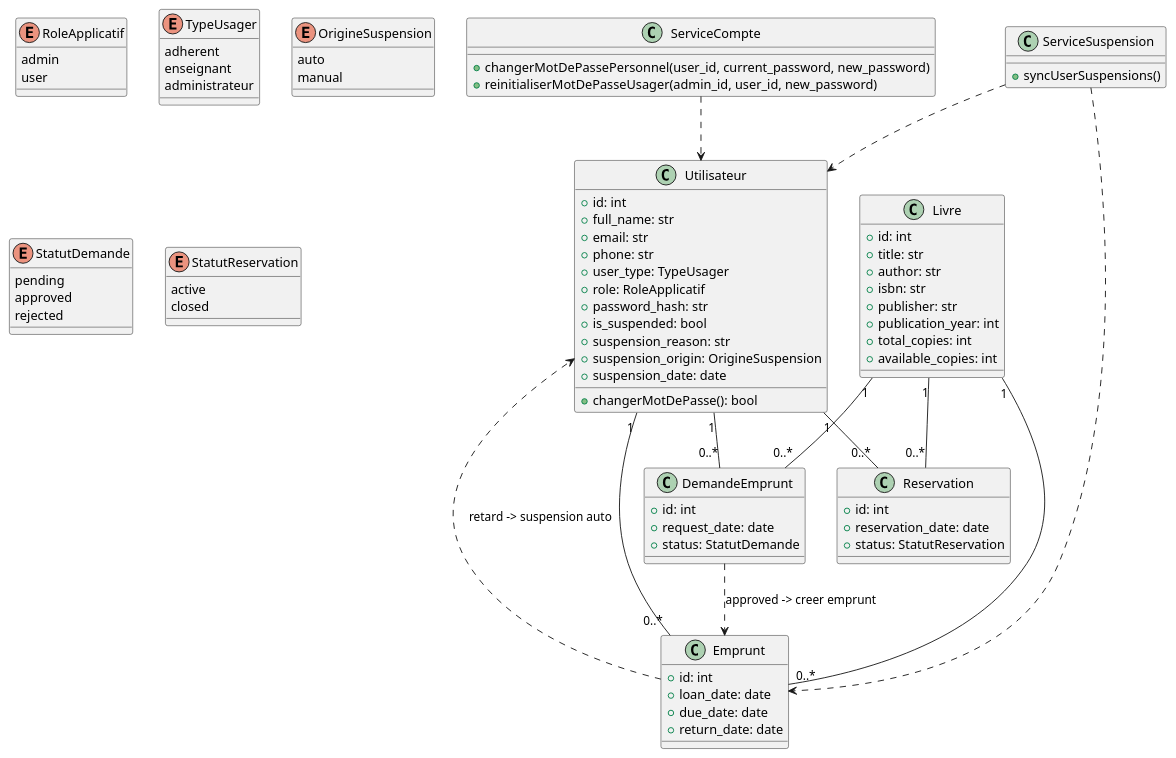
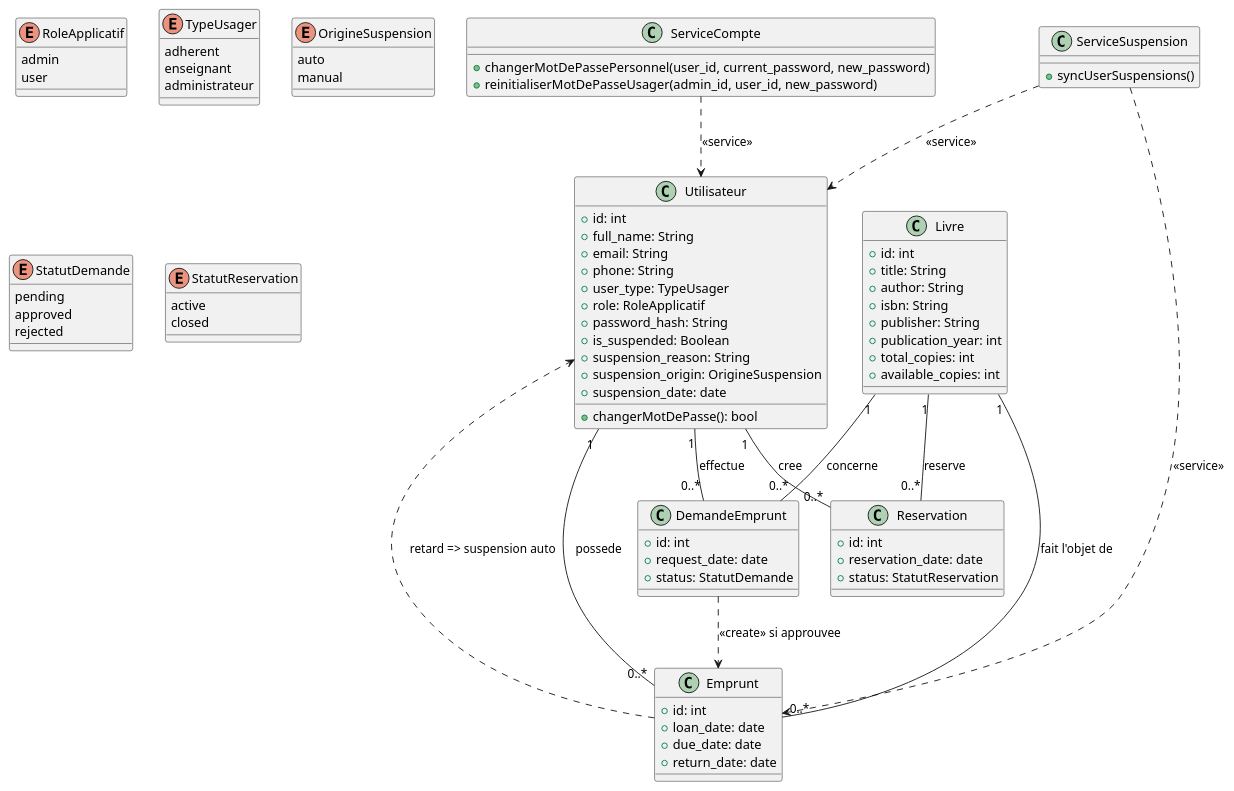
Before and after one commit to JunRoot29/Gestion-d-une-Bibliotheque: the diagram in diagrams/diagramme_classes.puml, drawn with PlantUML. The commit also changed 23 other files, not shown here.

Commit message:
Mise à jour des diagrammes, Ajout d'image t du powerpoint

```diff
--- a/diagrams/diagramme_classes.puml
+++ b/diagrams/diagramme_classes.puml
@@ -1,95 +1,95 @@
 @startuml
 class Utilisateur {
   +id: int
-  +full_name: str
-  +email: str
-  +phone: str
+  +full_name: String
+  +email: String
+  +phone: String
   +user_type: TypeUsager
   +role: RoleApplicatif
-  +password_hash: str
-  +is_suspended: bool
-  +suspension_reason: str
+  +password_hash: String
+  +is_suspended: Boolean
+  +suspension_reason: String
   +suspension_origin: OrigineSuspension
   +suspension_date: date
   +changerMotDePasse(): bool
 }
 
 enum RoleApplicatif {
   admin
   user
 }
 
 enum TypeUsager {
   adherent
   enseignant
   administrateur
 }
 
 enum OrigineSuspension {
   auto
   manual
 }
 
 class Livre {
   +id: int
-  +title: str
-  +author: str
-  +isbn: str
-  +publisher: str
+  +title: String
+  +author: String
+  +isbn: String
+  +publisher: String
   +publication_year: int
   +total_copies: int
   +available_copies: int
 }
 
 class DemandeEmprunt {
   +id: int
   +request_date: date
   +status: StatutDemande
 }
 
 enum StatutDemande {
   pending
   approved
   rejected
 }
 
 class Emprunt {
   +id: int
   +loan_date: date
   +due_date: date
   +return_date: date
 }
 
 class Reservation {
   +id: int
   +reservation_date: date
   +status: StatutReservation
 }
 
 enum StatutReservation {
   active
   closed
 }
 
 class ServiceCompte {
   +changerMotDePassePersonnel(user_id, current_password, new_password)
   +reinitialiserMotDePasseUsager(admin_id, user_id, new_password)
 }
 
 class ServiceSuspension {
   +syncUserSuspensions()
 }
 
-Utilisateur "1" -- "0..*" DemandeEmprunt
-Livre "1" -- "0..*" DemandeEmprunt
-Utilisateur "1" -- "0..*" Emprunt
-Livre "1" -- "0..*" Emprunt
-Utilisateur "1" -- "0..*" Reservation
-Livre "1" -- "0..*" Reservation
+Utilisateur "1" -- "0..*" DemandeEmprunt : effectue
+Livre "1" -- "0..*" DemandeEmprunt : concerne
+Utilisateur "1" -- "0..*" Emprunt : possede
+Livre "1" -- "0..*" Emprunt : fait l'objet de
+Utilisateur "1" -- "0..*" Reservation : cree
+Livre "1" -- "0..*" Reservation : reserve
 
-DemandeEmprunt ..> Emprunt : approved -> creer emprunt
-Emprunt ..> Utilisateur : retard -> suspension auto
-ServiceCompte ..> Utilisateur
-ServiceSuspension ..> Utilisateur
-ServiceSuspension ..> Emprunt
+DemandeEmprunt ..> Emprunt : <<create>> si approuvee
+Emprunt ..> Utilisateur : retard => suspension auto
+ServiceCompte ..> Utilisateur : <<service>>
+ServiceSuspension ..> Utilisateur : <<service>>
+ServiceSuspension ..> Emprunt : <<service>>
 @enduml
```
